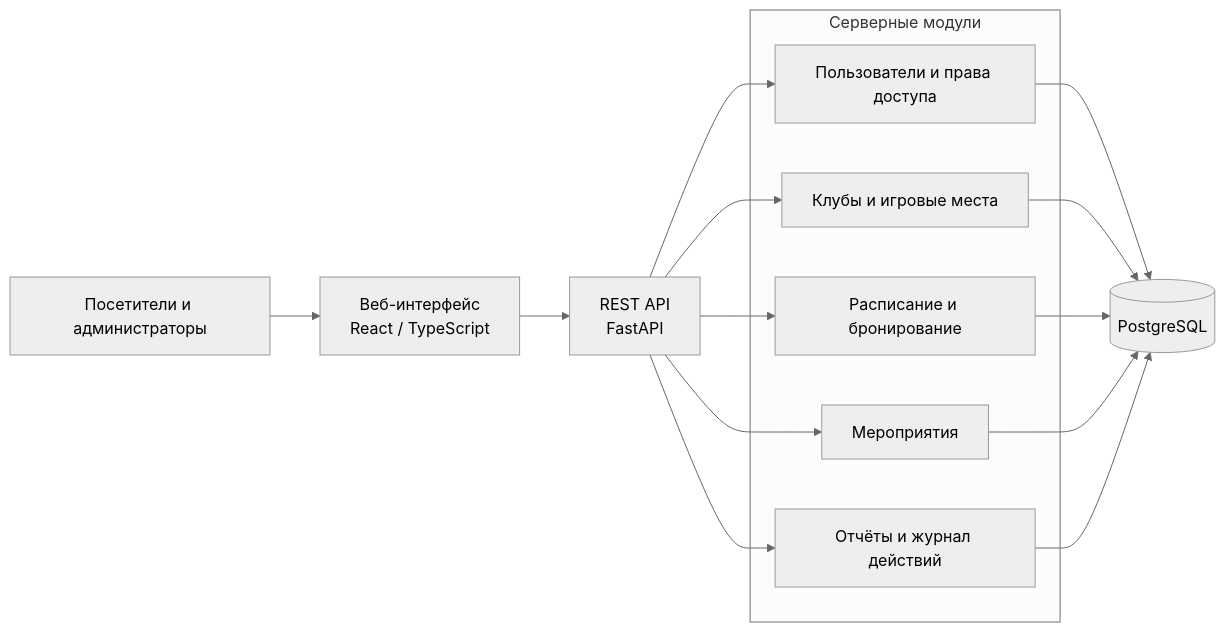
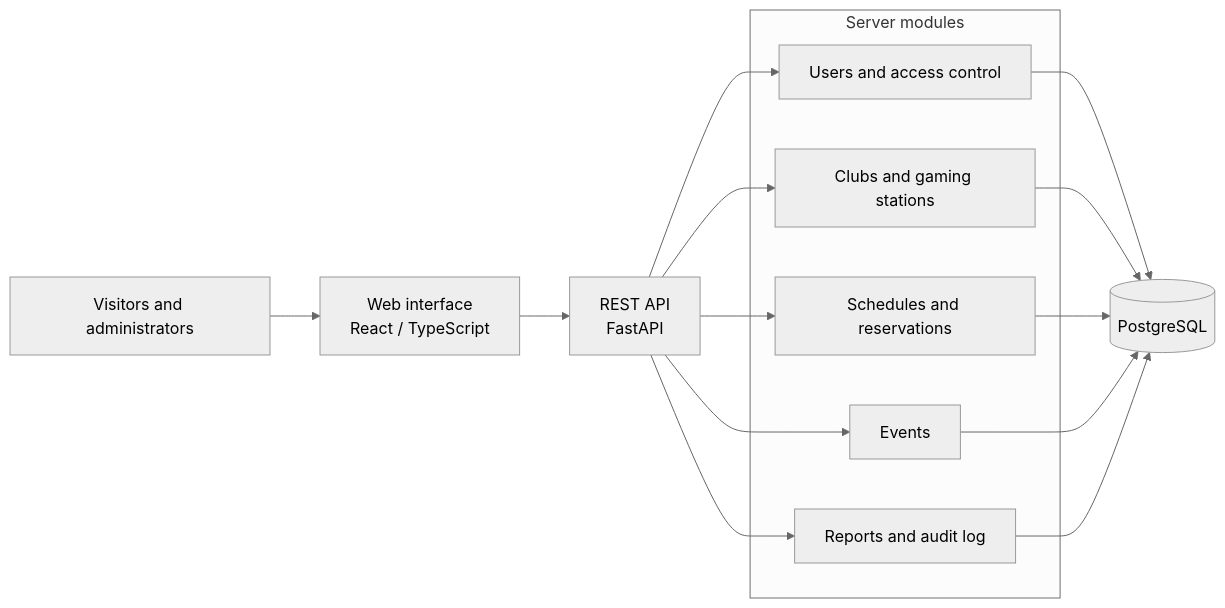
Before and after one commit to NeryBR/cyberseat-booking-system: the diagram in README.md, drawn with Mermaid (neutral theme). The commit also changed other lines of this file, not shown here.

````diff
--- a/README.md
+++ b/README.md
@@ -60,24 +62,24 @@
 ```mermaid
 flowchart LR
-    Users["Посетители и администраторы"] --> UI["Веб-интерфейс<br/>React / TypeScript"]
+    Users["Visitors and administrators"] --> UI["Web interface<br/>React / TypeScript"]
     UI --> API["REST API<br/>FastAPI"]
 
-    subgraph Server["Серверные модули"]
-        Access["Пользователи и права доступа"]
-        Clubs["Клубы и игровые места"]
-        Booking["Расписание и бронирование"]
-        Events["Мероприятия"]
-        Reports["Отчёты и журнал действий"]
+    subgraph Server["Server modules"]
+        Access["Users and access control"]
+        Clubs["Clubs and gaming stations"]
+        Booking["Schedules and reservations"]
+        Events["Events"]
+        Reports["Reports and audit log"]
     end
 
     API --> Access
     API --> Clubs
     API --> Booking
     API --> Events
     API --> Reports
     Access --> DB[("PostgreSQL")]
     Clubs --> DB
     Booking --> DB
     Events --> DB
     Reports --> DB
 ```
````
